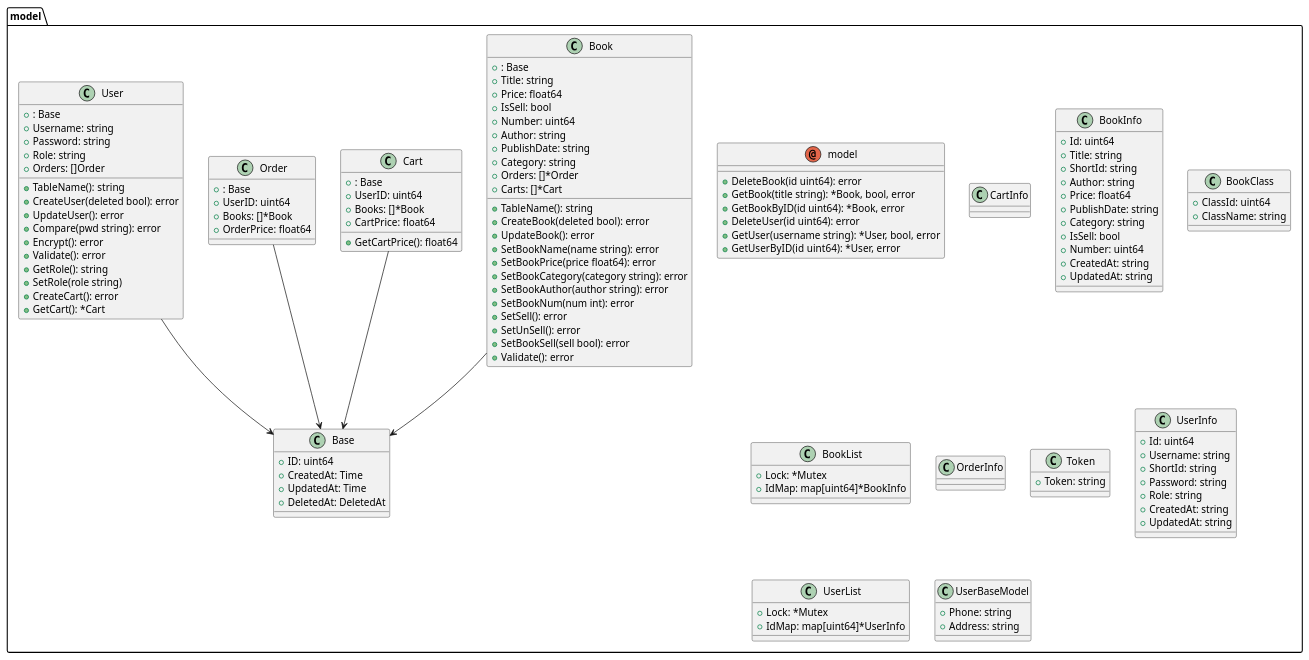
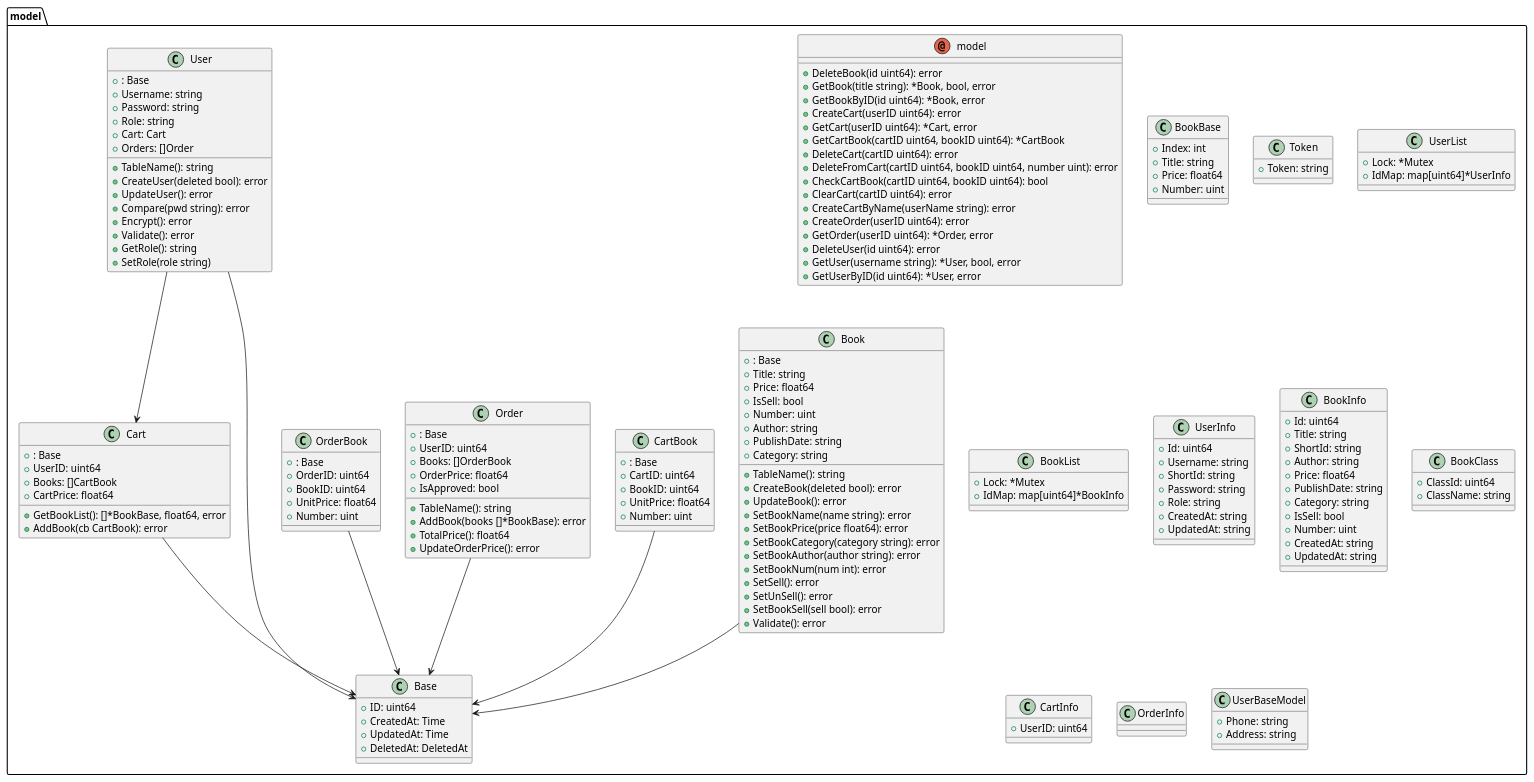
The diagram in uml/class.puml (zouyonghe/High-Performance-Online-Bookstore), drawn with PlantUML before and after one commit. The commit also changed 25 other files, not shown here.

Commit message:
refactor: error code. feat: create and deal with order.

```diff
--- a/uml/class.puml
+++ b/uml/class.puml
@@ -1,137 +1,175 @@
 @startuml
 package model{
 annotation model {
 
 
 +DeleteBook(id uint64): error
 +GetBook(title string): *Book, bool, error
 +GetBookByID(id uint64): *Book, error
++CreateCart(userID uint64): error
++GetCart(userID uint64): *Cart, error
++GetCartBook(cartID uint64, bookID uint64): *CartBook
++DeleteCart(cartID uint64): error
++DeleteFromCart(cartID uint64, bookID uint64, number uint): error
++CheckCartBook(cartID uint64, bookID uint64): bool
++ClearCart(cartID uint64): error
++CreateCartByName(userName string): error
++CreateOrder(userID uint64): error
++GetOrder(userID uint64): *Order, error
 +DeleteUser(id uint64): error
 +GetUser(username string): *User, bool, error
 +GetUserByID(id uint64): *User, error
+}
+class BookBase {
++Index: int
++Title: string
++Price: float64
++Number: uint
+
 }
 class Book {
 +: Base
 +Title: string
 +Price: float64
 +IsSell: bool
-+Number: uint64
++Number: uint
 +Author: string
 +PublishDate: string
 +Category: string
-+Orders: []*Order
-+Carts: []*Cart
 +TableName(): string
 +CreateBook(deleted bool): error
 +UpdateBook(): error
 +SetBookName(name string): error
 +SetBookPrice(price float64): error
 +SetBookCategory(category string): error
 +SetBookAuthor(author string): error
 +SetBookNum(num int): error
 +SetSell(): error
 +SetUnSell(): error
 +SetBookSell(sell bool): error
 +Validate(): error
 }
 class Cart {
 +: Base
 +UserID: uint64
-+Books: []*Book
++Books: []CartBook
 +CartPrice: float64
-+GetCartPrice(): float64
++GetBookList(): []*BookBase, float64, error
++AddBook(cb CartBook): error
+}
+class CartBook {
++: Base
++CartID: uint64
++BookID: uint64
++UnitPrice: float64
++Number: uint
+
+}
+class Token {
++Token: string
+
 }
 class Base {
 +ID: uint64
 +CreatedAt: Time
 +UpdatedAt: Time
 +DeletedAt: DeletedAt
 
 }
-class CartInfo {
-
-
-}
-class BookInfo {
-+Id: uint64
-+Title: string
-+ShortId: string
-+Author: string
-+Price: float64
-+PublishDate: string
-+Category: string
-+IsSell: bool
-+Number: uint64
-+CreatedAt: string
-+UpdatedAt: string
-
-}
-class BookClass {
-+ClassId: uint64
-+ClassName: string
+class UserList {
++Lock: *Mutex
++IdMap: map[uint64]*UserInfo
 
 }
 class BookList {
 +Lock: *Mutex
 +IdMap: map[uint64]*BookInfo
-
-}
-class OrderInfo {
-
-
-}
-class Token {
-+Token: string
 
 }
 class UserInfo {
 +Id: uint64
 +Username: string
 +ShortId: string
 +Password: string
 +Role: string
 +CreatedAt: string
 +UpdatedAt: string
 
 }
-class UserList {
-+Lock: *Mutex
-+IdMap: map[uint64]*UserInfo
+class BookInfo {
++Id: uint64
++Title: string
++ShortId: string
++Author: string
++Price: float64
++PublishDate: string
++Category: string
++IsSell: bool
++Number: uint
++CreatedAt: string
++UpdatedAt: string
+
+}
+class BookClass {
++ClassId: uint64
++ClassName: string
+
+}
+class CartInfo {
++UserID: uint64
+
+}
+class OrderInfo {
+
 
 }
 class Order {
 +: Base
 +UserID: uint64
-+Books: []*Book
++Books: []OrderBook
 +OrderPrice: float64
++IsApproved: bool
++TableName(): string
++AddBook(books []*BookBase): error
++TotalPrice(): float64
++UpdateOrderPrice(): error
+}
+class OrderBook {
++: Base
++OrderID: uint64
++BookID: uint64
++UnitPrice: float64
++Number: uint
 
 }
 class UserBaseModel {
 +Phone: string
 +Address: string
 
 }
 class User {
 +: Base
 +Username: string
 +Password: string
 +Role: string
++Cart: Cart
 +Orders: []Order
 +TableName(): string
 +CreateUser(deleted bool): error
 +UpdateUser(): error
 +Compare(pwd string): error
 +Encrypt(): error
 +Validate(): error
 +GetRole(): string
 +SetRole(role string)
-+CreateCart(): error
-+GetCart(): *Cart
 }
 }
 Book --> Base
 Cart --> Base
+User --> Cart
+CartBook --> Base
 Order --> Base
+OrderBook --> Base
 User --> Base
 
 @enduml
```
